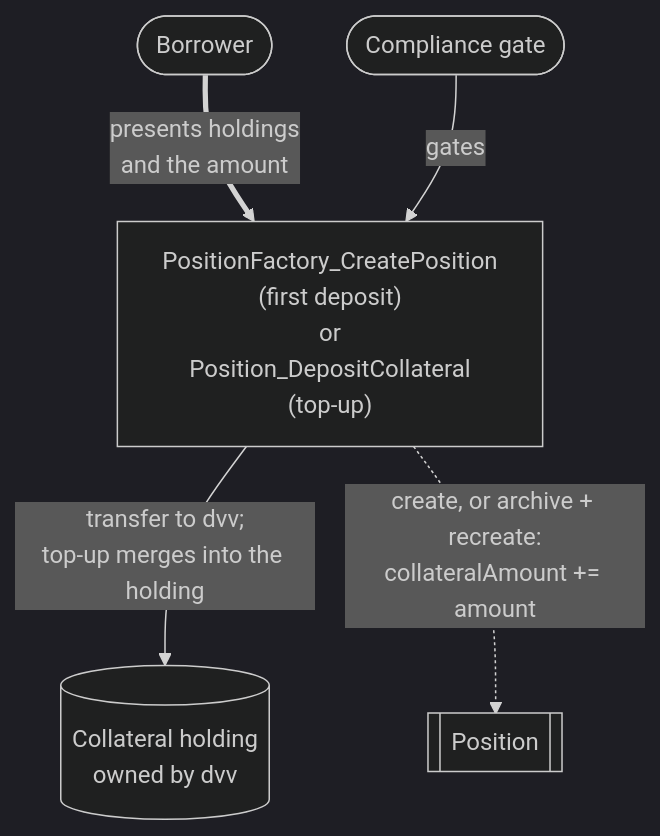
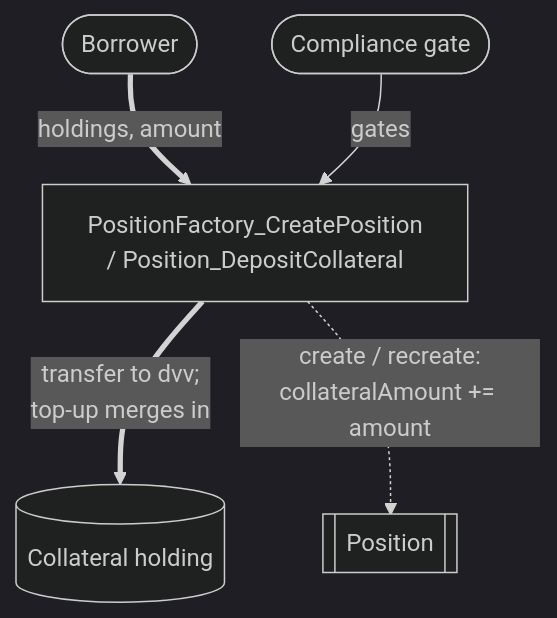
Before and after one commit to OpenZeppelin/canton-specs: the second of 7 diagrams in docs/reference-architectures/lending.md, drawn with Mermaid (dark theme). The commit also changed other lines of this file, not shown here.

Commit message:
Removed the experimental packages. Clarified the diagrams. Corrected public oracle names dvv as observer.

````diff
--- a/docs/reference-architectures/lending.md
+++ b/docs/reference-architectures/lending.md
@@ -276,13 +273,13 @@
 ```mermaid
 flowchart TD
     Borrower([Borrower])
     Compliance(["Compliance gate"])
-    Choice["PositionFactory_CreatePosition<br/>(first deposit)<br/>or<br/>Position_DepositCollateral<br/>(top-up)"]
+    Choice["PositionFactory_CreatePosition<br/>/ Position_DepositCollateral"]
     Position[["Position"]]
-    Collateral[("Collateral holding<br/>owned by dvv")]
+    Collateral[("Collateral holding")]
 
-    Borrower ==>|"presents holdings<br/>and the amount"| Choice
+    Borrower ==>|"holdings, amount"| Choice
     Compliance -->|"gates"| Choice
-    Choice -->|"transfer to dvv;<br/>top-up merges into the holding"| Collateral
-    Choice -.->|"create, or archive + recreate:<br/>collateralAmount += amount"| Position
+    Choice ==>|"transfer to dvv;<br/>top-up merges in"| Collateral
+    Choice -.->|"create / recreate:<br/>collateralAmount += amount"| Position
 ```
````
